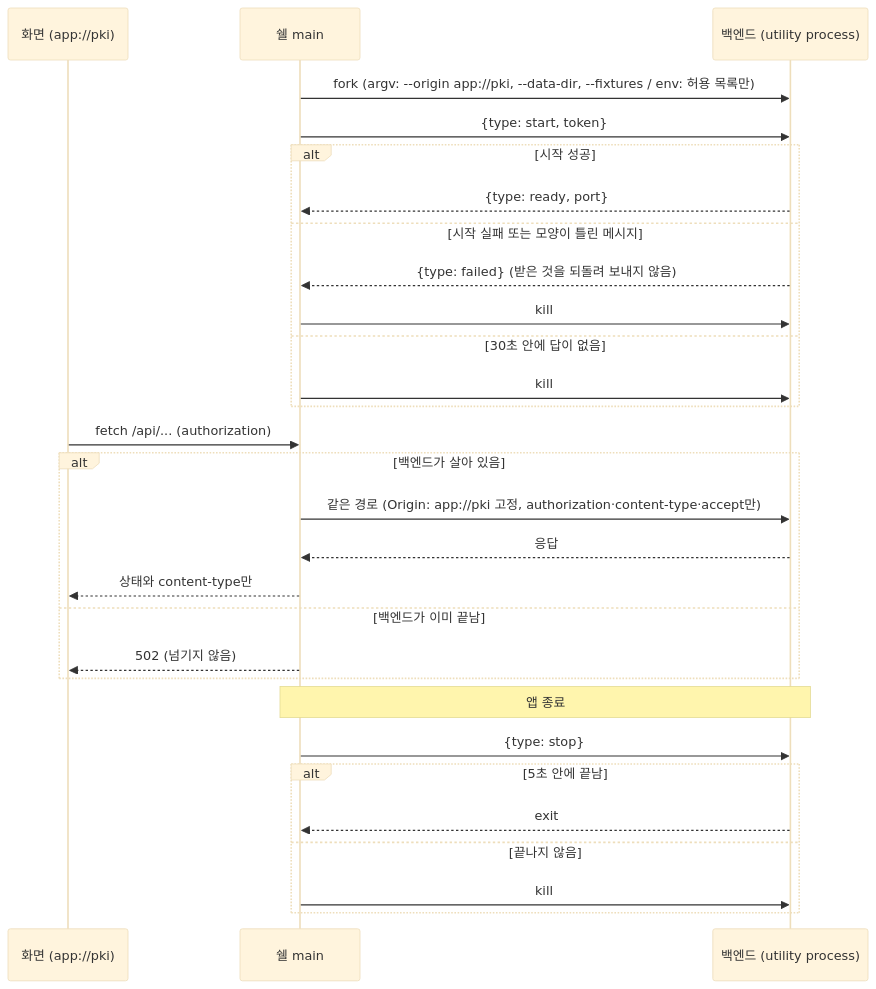
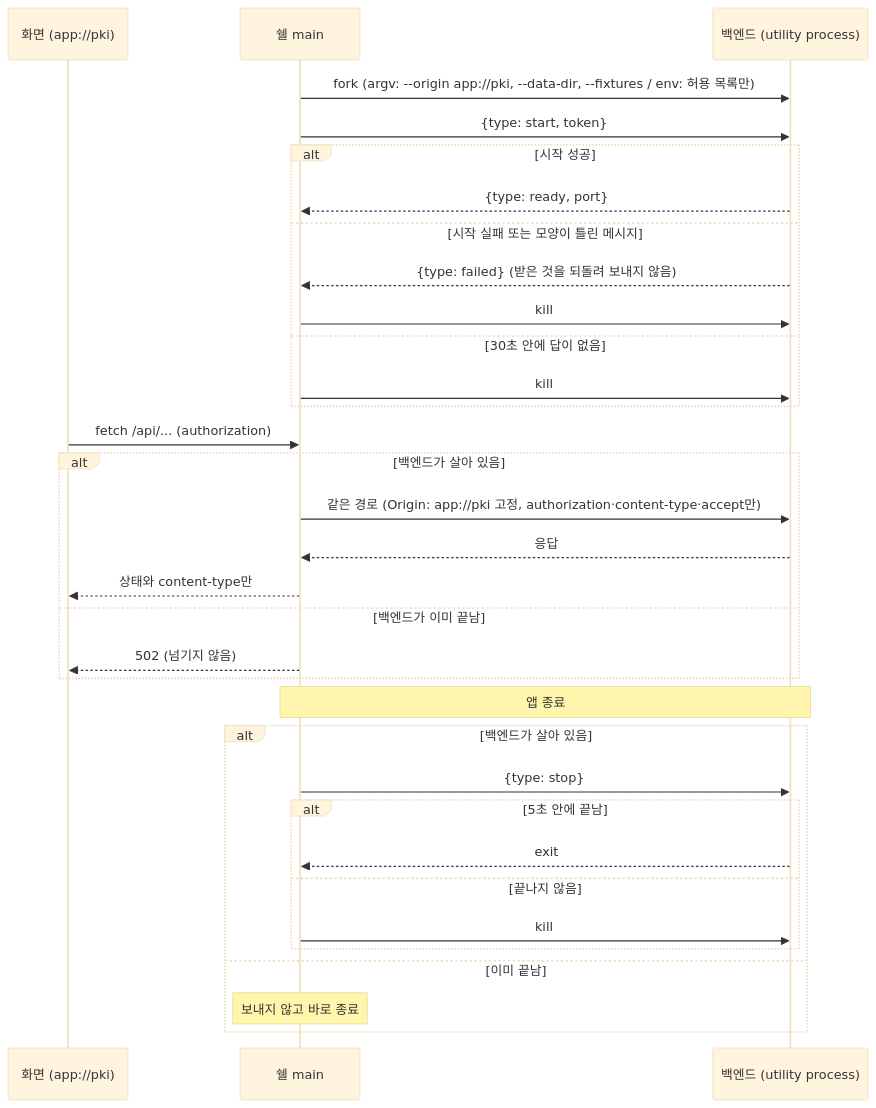
Before and after one commit to nohdol97/PKI: the fourth of 4 diagrams in docs/specs/2026-11-21-V01-vertical-skeleton.md, drawn with Mermaid (base theme). The commit also changed other lines of this file and 2 other files, not shown here.

Commit message:
fix(PKI): V01-T06 재검토 반영 — 종료 검증 복원, 종료 멈춤 방어 하나로
- lifecycle.e2e를 두 테스트로 나눔: 살아 있는 백엔드로 종료하면 백엔드 프로세스가 없음(C3), 백엔드가 죽은 뒤에는 그 포트로 넘기지 않고 종료가 멈추지 않음
- 종료 처리기의 방어를 새 작업에서 다시 종료를 부르는 것 하나로 줄임(이미 끝난 백엔드에는 stop()이 아무것도 보내지 않고 곧바로 끝남)
- 가짜 서버 단계는 lsof가 없으면 건너뛰고, 502 확인 전에 Electron이 백엔드 종료를 알릴 때까지 기다림
- spec: 다이어그램 종료 단계를 백엔드 생존 여부로 나눔, E2E가 붙잡는 것과 Electron이 보장하는 것을 적음, 변경 이력 행

Refs #16

````diff
--- a/docs/specs/2026-11-21-V01-vertical-skeleton.md
+++ b/docs/specs/2026-11-21-V01-vertical-skeleton.md
@@ -283,31 +283,35 @@
    ```mermaid
    sequenceDiagram
      participant P as 화면 (app://pki)
      participant M as 쉘 main
      participant B as 백엔드 (utility process)
      M->>B: fork (argv: --origin app://pki, --data-dir, --fixtures / env: 허용 목록만)
      M->>B: {type: start, token}
      alt 시작 성공
        B-->>M: {type: ready, port}
      else 시작 실패 또는 모양이 틀린 메시지
        B-->>M: {type: failed} (받은 것을 되돌려 보내지 않음)
        M->>B: kill
      else 30초 안에 답이 없음
        M->>B: kill
      end
      P->>M: fetch /api/... (authorization)
      alt 백엔드가 살아 있음
        M->>B: 같은 경로 (Origin: app://pki 고정, authorization·content-type·accept만)
        B-->>M: 응답
        M-->>P: 상태와 content-type만
      else 백엔드가 이미 끝남
        M-->>P: 502 (넘기지 않음)
      end
      Note over M,B: 앱 종료
-     M->>B: {type: stop}
-     alt 5초 안에 끝남
-       B-->>M: exit
-     else 끝나지 않음
-       M->>B: kill
+     alt 백엔드가 살아 있음
+       M->>B: {type: stop}
+       alt 5초 안에 끝남
+         B-->>M: exit
+       else 끝나지 않음
+         M->>B: kill
+       end
+     else 이미 끝남
+       Note over M: 보내지 않고 바로 종료
      end
    ```
````
